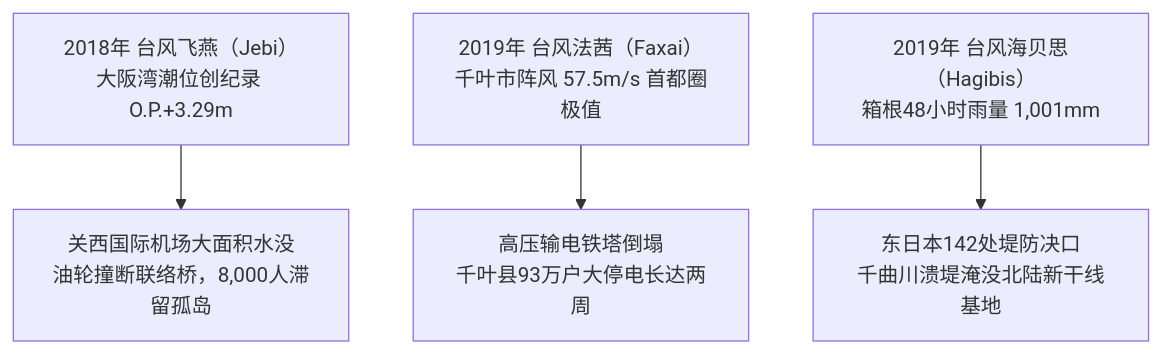
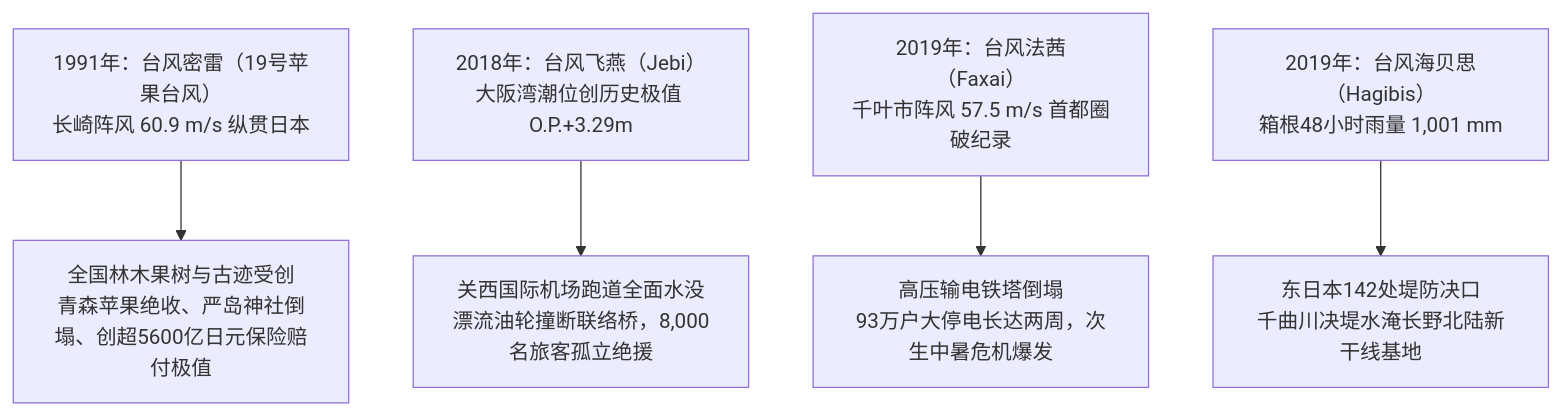
One commit to kenjinote/blog changed the eighth of 11 diagrams in content/post/typhoon-meteorology-mechanisms-historic-disasters-guide/index.zh-cn.md. Above: the diagram before and after it, drawn with Mermaid. The commit also changed other lines of this file and 11 other files, not shown here.

````diff
--- a/content/post/typhoon-meteorology-mechanisms-historic-disasters-guide/index.zh-cn.md
+++ b/content/post/typhoon-meteorology-mechanisms-historic-disasters-guide/index.zh-cn.md
@@ -161,6 +243,7 @@
 ```mermaid
 flowchart TD
-    J1["2018年 台风飞燕（Jebi）<br/>大阪湾潮位创纪录 O.P.+3.29m"] --> J2["关西国际机场大面积水没<br/>油轮撞断联络桥，8,000人滞留孤岛"]
-    F1["2019年 台风法茜（Faxai）<br/>千叶市阵风 57.5m/s 首都圈极值"] --> F2["高压输电铁塔倒塌<br/>千叶县93万户大停电长达两周"]
-    H1["2019年 台风海贝思（Hagibis）<br/>箱根48小时雨量 1,001mm"] --> H2["东日本142处堤防决口<br/>千曲川溃堤淹没北陆新干线基地"]
+    M1["1991年：台风密雷（19号苹果台风）<br/>长崎阵风 60.9 m/s 纵贯日本"] --> M2["全国林木果树与古迹受创<br/>青森苹果绝收、严岛神社倒塌、创超5600亿日元保险赔付极值"]
+    J1["2018年：台风飞燕（Jebi）<br/>大阪湾潮位创历史极值 O.P.+3.29m"] --> J2["关西国际机场跑道全面水没<br/>漂流油轮撞断联络桥，8,000名旅客孤立绝援"]
+    F1["2019年：台风法茜（Faxai）<br/>千叶市阵风 57.5 m/s 首都圈破纪录"] --> F2["高压输电铁塔倒塌<br/>93万户大停电长达两周，次生中暑危机爆发"]
+    H1["2019年：台风海贝思（Hagibis）<br/>箱根48小时雨量 1,001 mm"] --> H2["东日本142处堤防决口<br/>千曲川决堤水淹长野北陆新干线基地"]
 ```
````
